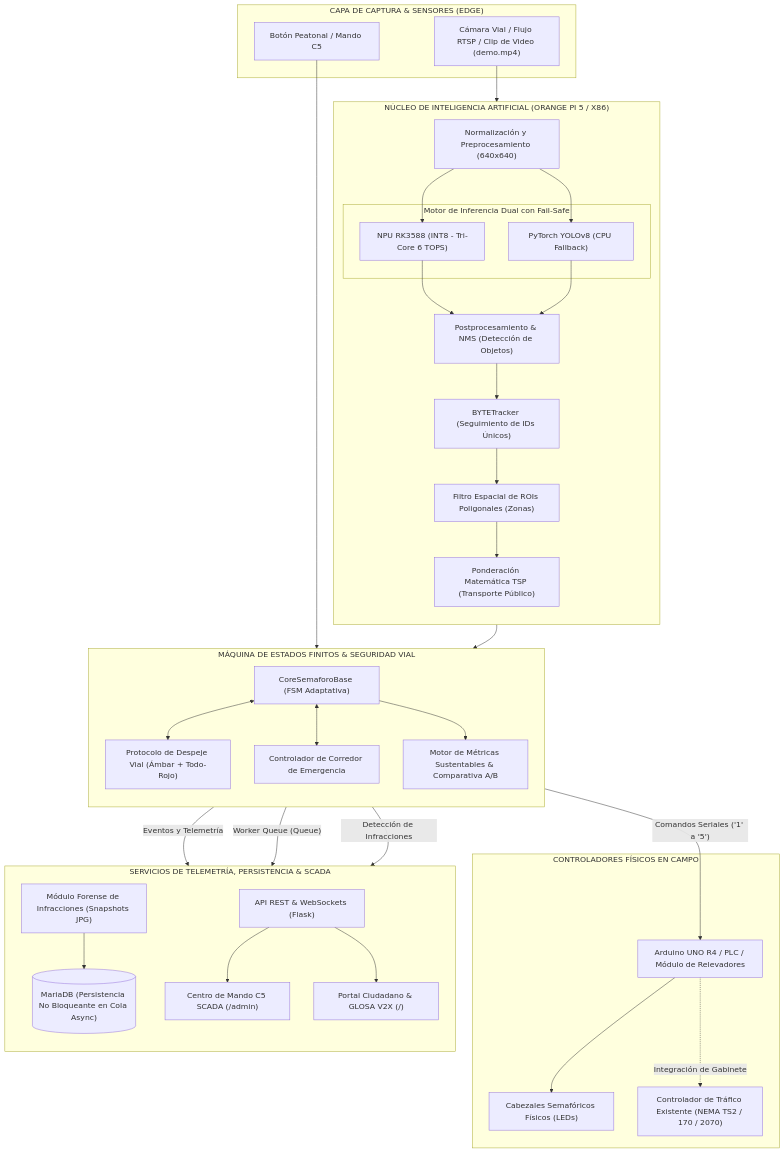
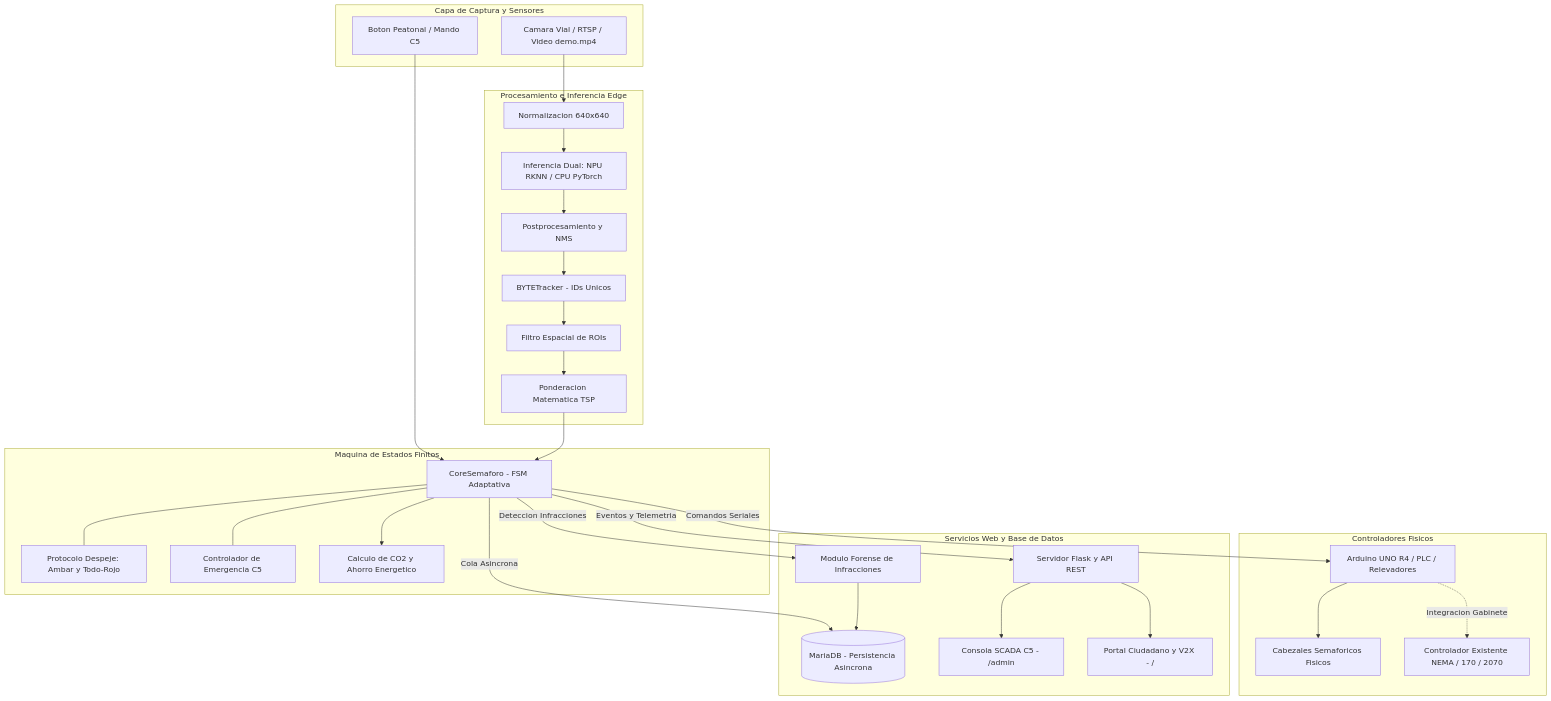
The diagram in docs/arquitectura.mmd (Pozole98/fluxa-smart-city), drawn with Mermaid before and after one commit. The commit also changed 3 other files, not shown here.

Commit message:
fix(docs): corregir sintaxis de Mermaid y formulas KaTeX para renderizado en GitHub

```diff
--- a/docs/arquitectura.mmd
+++ b/docs/arquitectura.mmd
@@ -1,71 +1,60 @@
-flowchart TD
-    subgraph SENSORICA ["CAPA DE CAPTURA & SENSORES (EDGE)"]
-        CAM["Cámara Vial / Flujo RTSP / Clip de Video (demo.mp4)"]
-        CALL_BTN["Botón Peatonal / Mando C5"]
+graph TD
+    subgraph SENSORICA [Capa de Captura y Sensores]
+        CAM[Camara Vial / RTSP / Video demo.mp4]
+        CALL_BTN[Boton Peatonal / Mando C5]
     end
 
-    subgraph PROCESAMIENTO ["NÚCLEO DE INTELIGENCIA ARTIFICIAL (ORANGE PI 5 / X86)"]
-        direction TB
-        PRE["Normalización y Preprocesamiento (640x640)"]
-        
-        subgraph INFERENCIA ["Motor de Inferencia Dual con Fail-Safe"]
-            RKNN["NPU RK3588 (INT8 - Tri-Core 6 TOPS)"]
-            CPU_ENGINE["PyTorch YOLOv8 (CPU Fallback)"]
-        end
-        
-        POST["Postprocesamiento & NMS (Detección de Objetos)"]
-        TRACKER["BYTETracker (Seguimiento de IDs Únicos)"]
-        ROI["Filtro Espacial de ROIs Poligonales (Zonas)"]
-        TSP["Ponderación Matemática TSP (Transporte Público)"]
+    subgraph PROCESAMIENTO [Procesamiento e Inferencia Edge]
+        PRE[Normalizacion 640x640]
+        INFER[Inferencia Dual: NPU RKNN / CPU PyTorch]
+        POST[Postprocesamiento y NMS]
+        TRACKER[BYTETracker - IDs Unicos]
+        ROI[Filtro Espacial de ROIs]
+        TSP[Ponderacion Matematica TSP]
     end
 
-    subgraph FSM_CORE ["MÁQUINA DE ESTADOS FINITOS & SEGURIDAD VIAL"]
-        direction TB
-        FSM["CoreSemaforoBase (FSM Adaptativa)"]
-        CLEARANCE["Protocolo de Despeje Vial (Ámbar + Todo-Rojo)"]
-        EMERGENCY["Controlador de Corredor de Emergencia"]
-        SUSTAIN["Motor de Métricas Sustentables & Comparativa A/B"]
+    subgraph FSM_CORE [Maquina de Estados Finitos]
+        FSM[CoreSemaforo - FSM Adaptativa]
+        CLEARANCE[Protocolo Despeje: Ambar y Todo-Rojo]
+        EMERGENCY[Controlador de Emergencia C5]
+        SUSTAIN[Calculo de CO2 y Ahorro Energetico]
     end
 
-    subgraph HARDWARE_OUTPUT ["CONTROLADORES FÍSICOS EN CAMPO"]
-        ARDUINO["Arduino UNO R4 / PLC / Módulo de Relevadores"]
-        LIGHTS["Cabezales Semafóricos Físicos (LEDs)"]
-        CONTROLLER_EX["Controlador de Tráfico Existente (NEMA TS2 / 170 / 2070)"]
+    subgraph HARDWARE_OUTPUT [Controladores Fisicos]
+        ARDUINO[Arduino UNO R4 / PLC / Relevadores]
+        LIGHTS[Cabezales Semaforicos Fisicos]
+        CONTROLLER_EX[Controlador Existente NEMA / 170 / 2070]
     end
 
-    subgraph SERVICIOS ["SERVICIOS DE TELEMETRÍA, PERSISTENCIA & SCADA"]
-        direction TB
-        MARIADB[("MariaDB (Persistencia No Bloqueante en Cola Async)")]
-        FLASK_API["API REST & WebSockets (Flask)"]
-        SCADA["Centro de Mando C5 SCADA (/admin)"]
-        PUBLIC_PORTAL["Portal Ciudadano & GLOSA V2X (/)"]
-        VIOLATIONS["Módulo Forense de Infracciones (Snapshots JPG)"]
+    subgraph SERVICIOS [Servicios Web y Base de Datos]
+        MARIADB[(MariaDB - Persistencia Asincrona)]
+        FLASK_API[Servidor Flask y API REST]
+        SCADA[Consola SCADA C5 - /admin]
+        PUBLIC_PORTAL[Portal Ciudadano y V2X - /]
+        VIOLATIONS[Modulo Forense de Infracciones]
     end
 
-    %% Conexiones
     CAM --> PRE
     CALL_BTN --> FSM
-    PRE --> RKNN
-    PRE --> CPU_ENGINE
-    RKNN --> POST
-    CPU_ENGINE --> POST
+    PRE --> INFER
+    INFER --> POST
     POST --> TRACKER
     TRACKER --> ROI
     ROI --> TSP
     TSP --> FSM
-    
-    FSM <--> CLEARANCE
-    FSM <--> EMERGENCY
+
+    FSM --- CLEARANCE
+    FSM --- EMERGENCY
     FSM --> SUSTAIN
-    
-    FSM -->|"Comandos Seriales ('1' a '5')"| ARDUINO
+
+    FSM -->|Comandos Seriales| ARDUINO
     ARDUINO --> LIGHTS
-    ARDUINO -.->|"Integración de Gabinete"| CONTROLLER_EX
-    
-    FSM -->|"Eventos y Telemetría"| FLASK_API
-    FSM -->|"Worker Queue (Queue)"| MARIADB
-    FSM -->|"Detección de Infracciones"| VIOLATIONS
-    
+    ARDUINO -.->|Integracion Gabinete| CONTROLLER_EX
+
+    FSM -->|Eventos y Telemetria| FLASK_API
+    FSM -->|Cola Asincrona| MARIADB
+    FSM -->|Deteccion Infracciones| VIOLATIONS
+
     FLASK_API --> SCADA
     FLASK_API --> PUBLIC_PORTAL
     VIOLATIONS --> MARIADB
```
